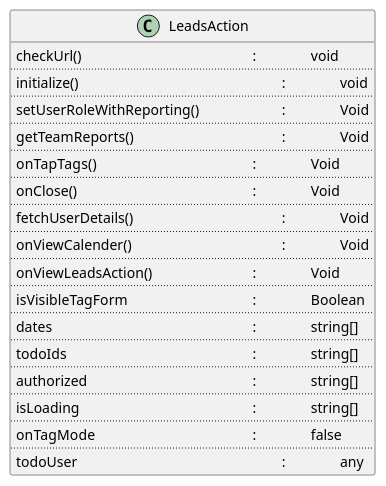
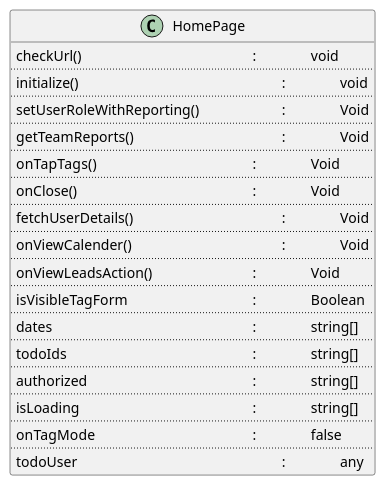
The diagram in frontend/pages/home_page/home_page.class.puml (avasoft-mobility/workday-design), drawn with PlantUML before and after one commit. The commit also changed 8 other files, not shown here.

```diff
--- a/frontend/pages/home_page/home_page.class.puml
+++ b/frontend/pages/home_page/home_page.class.puml
@@ -1,37 +1,37 @@
-@startuml homePage class diagram
+@startuml HomePage class diagram
 
-class LeadsAction {
+class HomePage {
   checkUrl() \t\t\t\t\t\t : \t\t void
   ..
   initialize() \t\t\t\t\t\t\t : \t\t void
   ..
   setUserRoleWithReporting() \t\t\t : \t\t Void
   ..
   getTeamReports() \t\t\t\t\t : \t\t Void
   ..
   onTapTags() \t\t\t\t\t\t : \t\t Void
   ..
   onClose() \t\t\t\t\t\t : \t\t Void
   ..
   fetchUserDetails()  \t\t\t\t\t : \t\t Void
   ..
   onViewCalender() \t\t\t\t\t : \t\t Void
   ..
   onViewLeadsAction() \t\t\t\t : \t\t Void
   ..
   isVisibleTagForm \t\t\t\t\t : \t\t Boolean
   ..
   dates \t\t\t\t\t\t\t : \t\t string[]
   ..
   todoIds \t\t\t\t\t\t\t : \t\t string[]
   ..
   authorized \t\t\t\t\t\t : \t\t string[]
   ..
   isLoading \t\t\t\t\t\t : \t\t string[]
   ..
   onTagMode \t\t\t\t\t\t : \t\t false
   ..
   todoUser \t\t\t\t\t\t\t : \t\t any
 }
 
 @enduml
```
